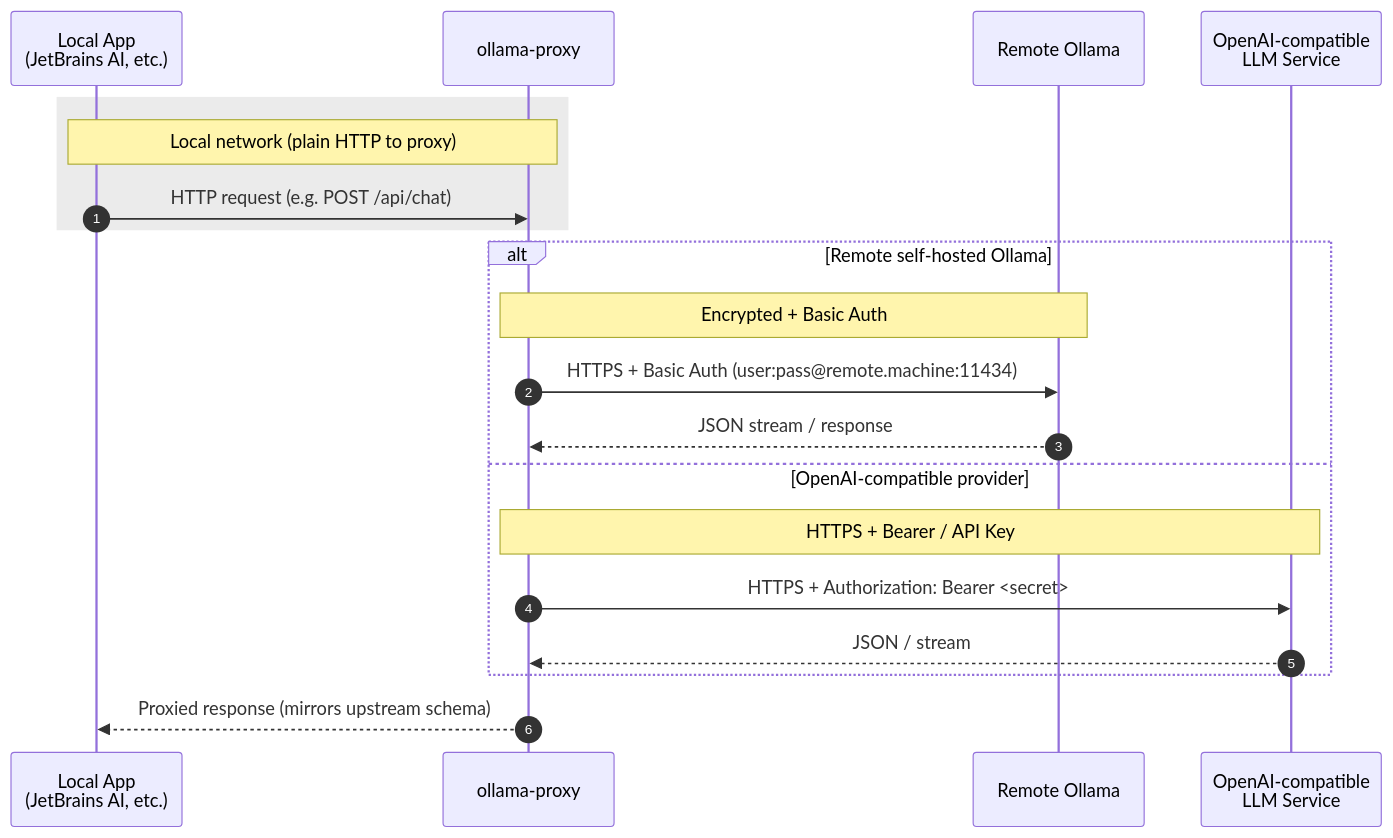
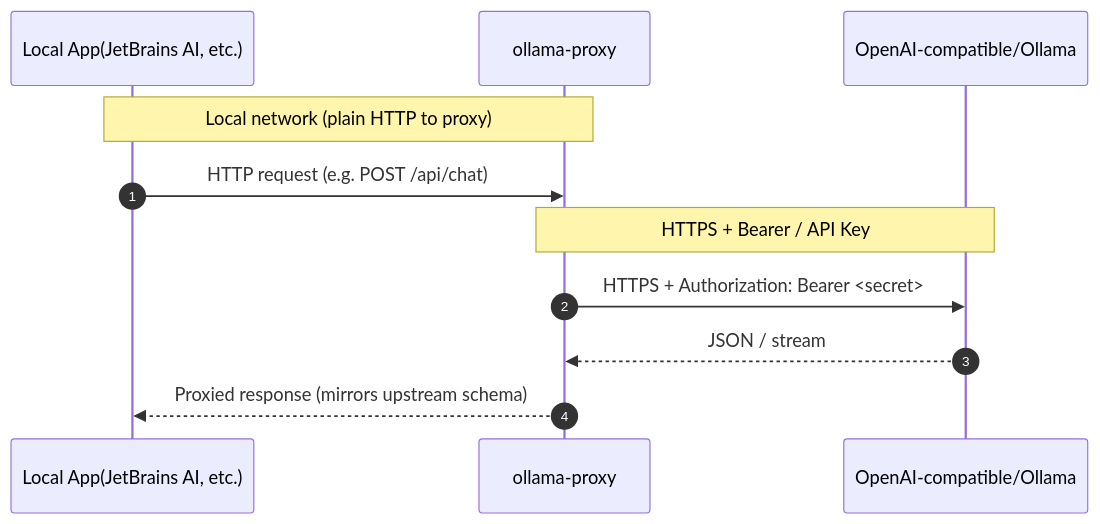
Before and after one commit to k88936/ollama-proxy: the diagram in README.md, drawn with Mermaid. The commit also changed other lines of this file and 1 other file, not shown here.

````diff
--- a/README.md
+++ b/README.md
@@ -9,25 +16,16 @@
 ```mermaid
 sequenceDiagram
 	autonumber
-	participant A as Local App<br/>(JetBrains AI, etc.)
+	participant A as Local App(JetBrains AI, etc.)
 	participant P as ollama-proxy
-	participant RO as Remote Ollama
-	participant OA as OpenAI-compatible<br/>LLM Service
+	participant OA as OpenAI-compatible/Ollama
 
-	rect rgb(235,235,235)
 	note over A,P: Local network (plain HTTP to proxy)
 	A->>P: HTTP request (e.g. POST /api/chat)
-	end
 
-	alt Remote self-hosted Ollama
-		note over P,RO: Encrypted + Basic Auth
-		P->>RO: HTTPS + Basic Auth (user:pass@remote.machine:11434)
-		RO-->>P: JSON stream / response
-	else OpenAI-compatible provider
-		note over P,OA: HTTPS + Bearer / API Key
-		P->>OA: HTTPS + Authorization: Bearer <secret>
-		OA-->>P: JSON / stream
-	end
+    note over P,OA: HTTPS + Bearer / API Key
+    P->>OA: HTTPS + Authorization: Bearer <secret>
+    OA-->>P: JSON / stream
 
 	P-->>A: Proxied response (mirrors upstream schema)
 ```
````
